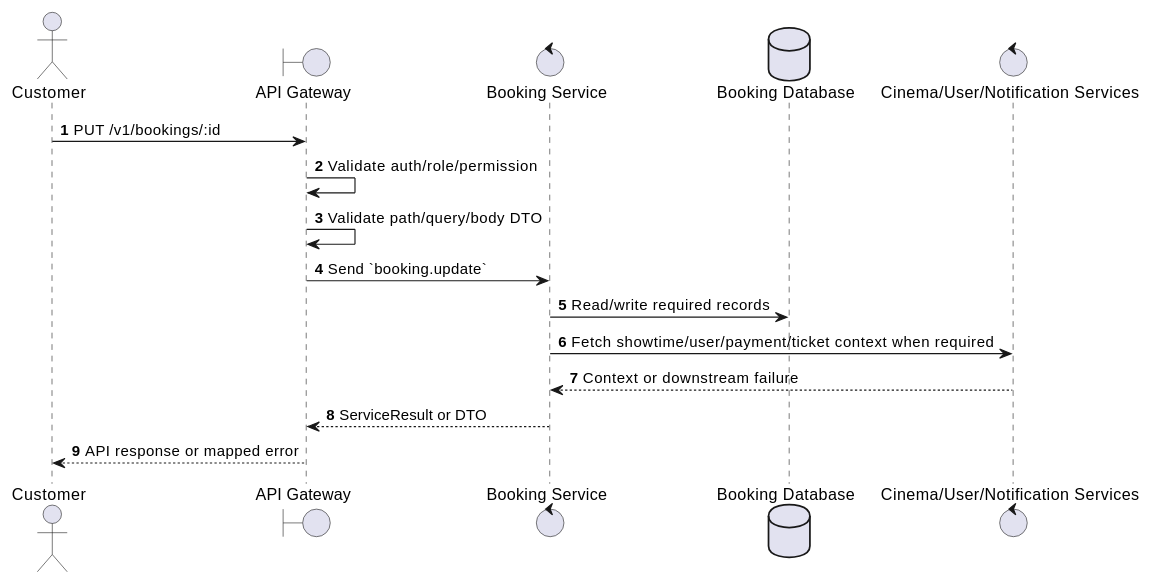
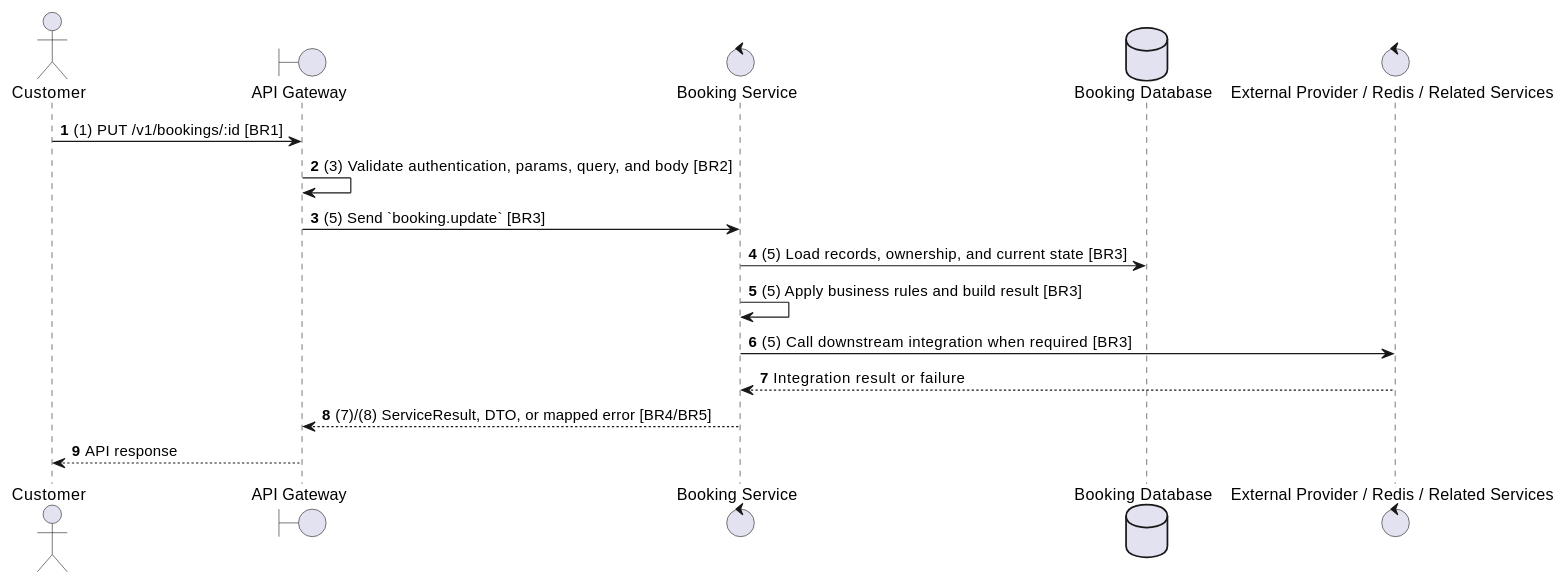
Before and after one commit to Tanh1603/movie-hub-architecture: the second of 2 diagrams in docs/functional_specs/3.5.1_User_Booking_Operations/BK-06_Update_Booking.md, drawn with PlantUML. The commit also changed other lines of this file and 129 other files, not shown here.

````diff
--- a/docs/functional_specs/3.5.1_User_Booking_Operations/BK-06_Update_Booking.md
+++ b/docs/functional_specs/3.5.1_User_Booking_Operations/BK-06_Update_Booking.md
@@ -17,20 +64,20 @@
 ```plantuml
 @startuml
 autonumber
 actor "Customer" as Actor
 boundary "API Gateway" as GW
 control "Booking Service" as SVC
 database "Booking Database" as DB
-control "Cinema/User/Notification Services" as EXT
+control "External Provider / Redis / Related Services" as EXT
 
-Actor -> GW: PUT /v1/bookings/:id
-GW -> GW: Validate auth/role/permission
-GW -> GW: Validate path/query/body DTO
-GW -> SVC: Send `booking.update`
-SVC -> DB: Read/write required records
-SVC -> EXT: Fetch showtime/user/payment/ticket context when required
-EXT --> SVC: Context or downstream failure
-SVC --> GW: ServiceResult or DTO
-GW --> Actor: API response or mapped error
+Actor -> GW: (1) PUT /v1/bookings/:id [BR1]
+GW -> GW: (3) Validate authentication, params, query, and body [BR2]
+GW -> SVC: (5) Send `booking.update` [BR3]
+SVC -> DB: (5) Load records, ownership, and current state [BR3]
+SVC -> SVC: (5) Apply business rules and build result [BR3]
+SVC -> EXT: (5) Call downstream integration when required [BR3]
+EXT --> SVC: Integration result or failure
+SVC --> GW: (7)/(8) ServiceResult, DTO, or mapped error [BR4/BR5]
+GW --> Actor: API response
 @enduml
 ```
````
